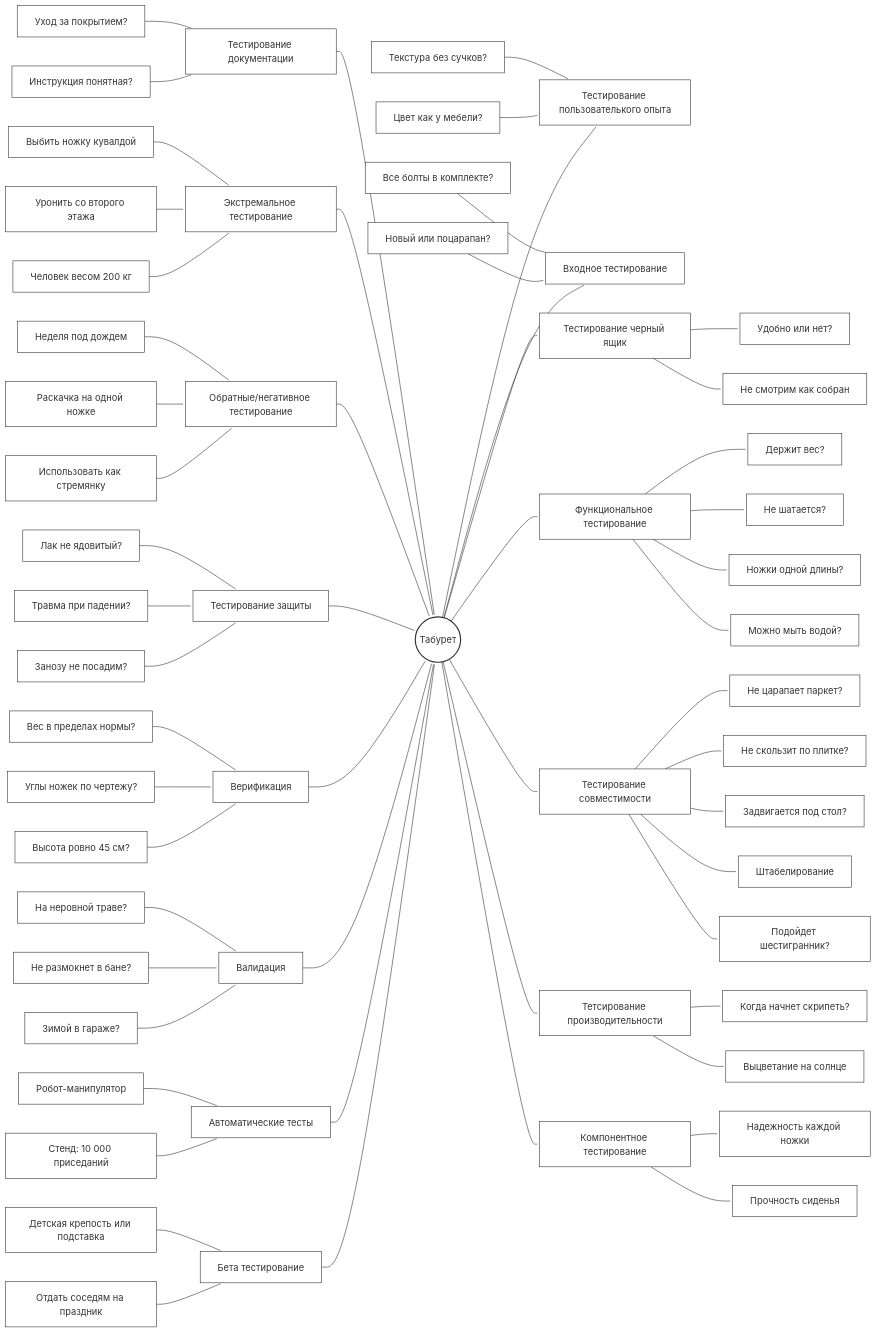
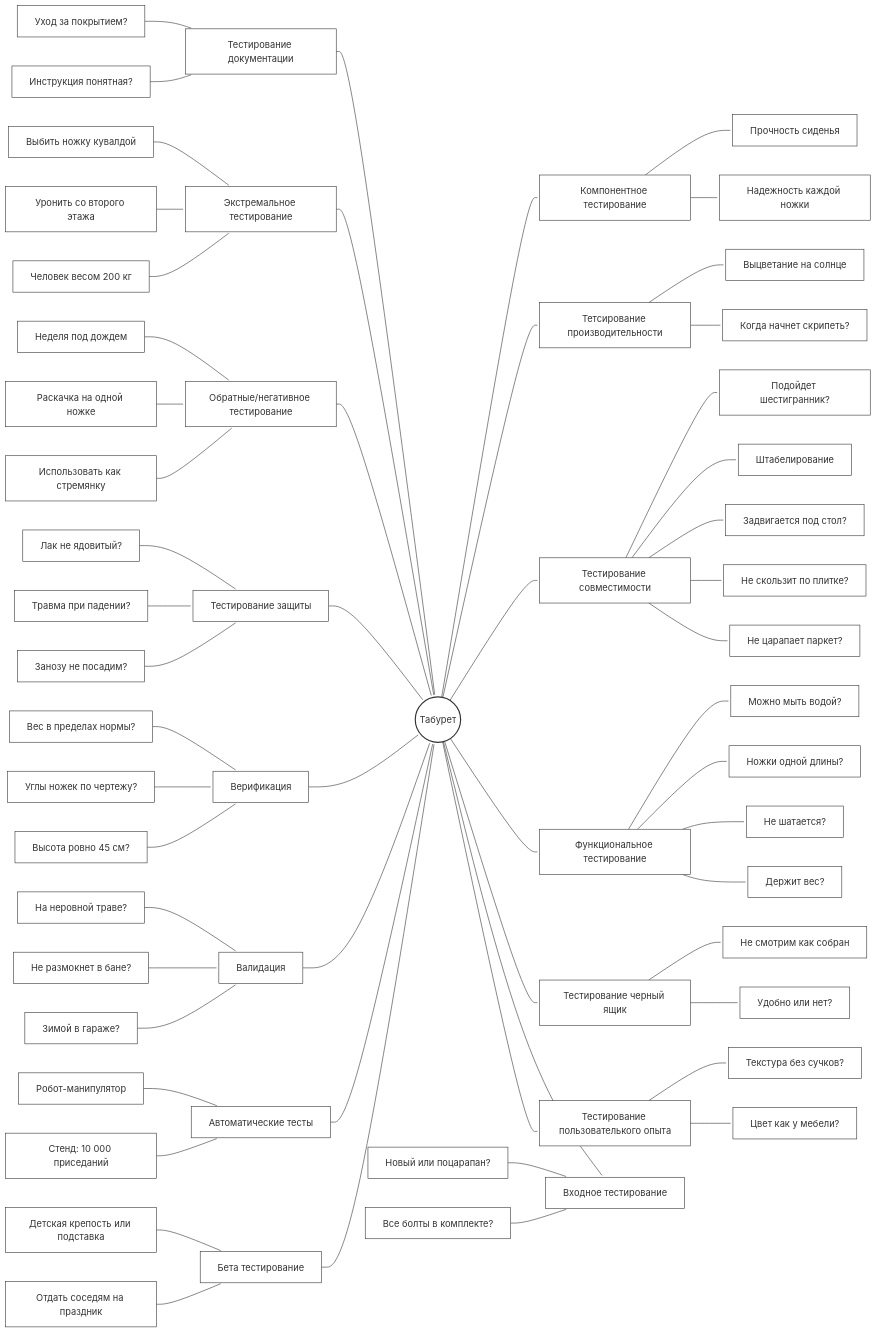
The diagram in lr_4.md (Kolya1222/gui2), drawn with Mermaid before and after one commit.

````diff
--- a/lr_4.md
+++ b/lr_4.md
@@ -3,81 +3,81 @@
 ```mermaid
 graph LR
     Root((Табурет))
 
     Beta[Бета тестирование] --> Root
     Auto[Автоматические тесты] --> Root
     Val[Валидация] --> Root
     Ver[Верификация] --> Root
     Sec[Тестирование защиты] --> Root
     Neg[Обратные/негативное тестирование] --> Root
     Stress[Экстремальное тестирование] --> Root
     Doc[Тестирование документации] --> Root
 
     Root --> UI[Тестирование пользователького опыта]
     Root --> Entry[Входное тестирование]
     Root --> BB[Тестирование черный ящик]
     Root --> Func[Функциональное тестирование]
     Root --> Comp[Тестирование совместимости]
     Root --> Perf[Тетсирование производительности]
     Root --> CompT[Компонентное тестирование]
 
     B1[Отдать соседям на праздник] --> Beta
     B2[Детская крепость или подставка] --> Beta
     
     A1[Стенд: 10 000 приседаний] --> Auto
     A2[Робот-манипулятор] --> Auto
     
     V1[Зимой в гараже?] --> Val
     V2[Не размокнет в бане?] --> Val
     V3[На неровной траве?] --> Val
     
     Vr1[Высота ровно 45 см?] --> Ver
     Vr2[Углы ножек по чертежу?] --> Ver
     Vr3[Вес в пределах нормы?] --> Ver
     
     S1[Занозу не посадим?] --> Sec
     S2[Травма при падении?] --> Sec
     S3[Лак не ядовитый?] --> Sec
     
     N1[Использовать как стремянку] --> Neg
     N2[Раскачка на одной ножке] --> Neg
     N3[Неделя под дождем] --> Neg
     
     St1[Человек весом 200 кг] --> Stress
     St2[Уронить со второго этажа] --> Stress
     St3[Выбить ножку кувалдой] --> Stress
     
     D1[Инструкция понятная?] --> Doc
     D2[Уход за покрытием?] --> Doc
     
-    U1[Цвет как у мебели?] --> UI
-    U2[Текстура без сучков?] --> UI
+    UI --> U1[Цвет как у мебели?]
+    UI --> U2[Текстура без сучков?] 
     
     E1[Новый или поцарапан?] --> Entry
     E2[Все болты в комплекте?] --> Entry
 
     BB --> BB1[Удобно или нет?]
     BB --> BB2[Не смотрим как собран]
     
     Func --> F1[Держит вес?]
     Func --> F2[Не шатается?]
     Func --> F3[Ножки одной длины?]
     Func --> F4[Можно мыть водой?]
     
     Comp --> C1[Не царапает паркет?]
     Comp --> C2[Не скользит по плитке?]
     Comp --> C3[Задвигается под стол?]
     Comp --> C4[Штабелирование]
     Comp --> C5[Подойдет шестигранник?]
     
     Perf --> P1[Когда начнет скрипеть?]
     Perf --> P2[Выцветание на солнце]
     
     CompT --> CT1[Надежность каждой ножки]
     CompT --> CT2[Прочность сиденья]
 
     linkStyle default interpolate basis stroke:#333,stroke-width:1px,marker-end:none;
     classDef default fill:#fff,stroke:#333,stroke-width:1px;
     classDef root fill:#fff,stroke:#333,stroke-width:2px,font-size:16px;
     class Root root;
 ```
````
